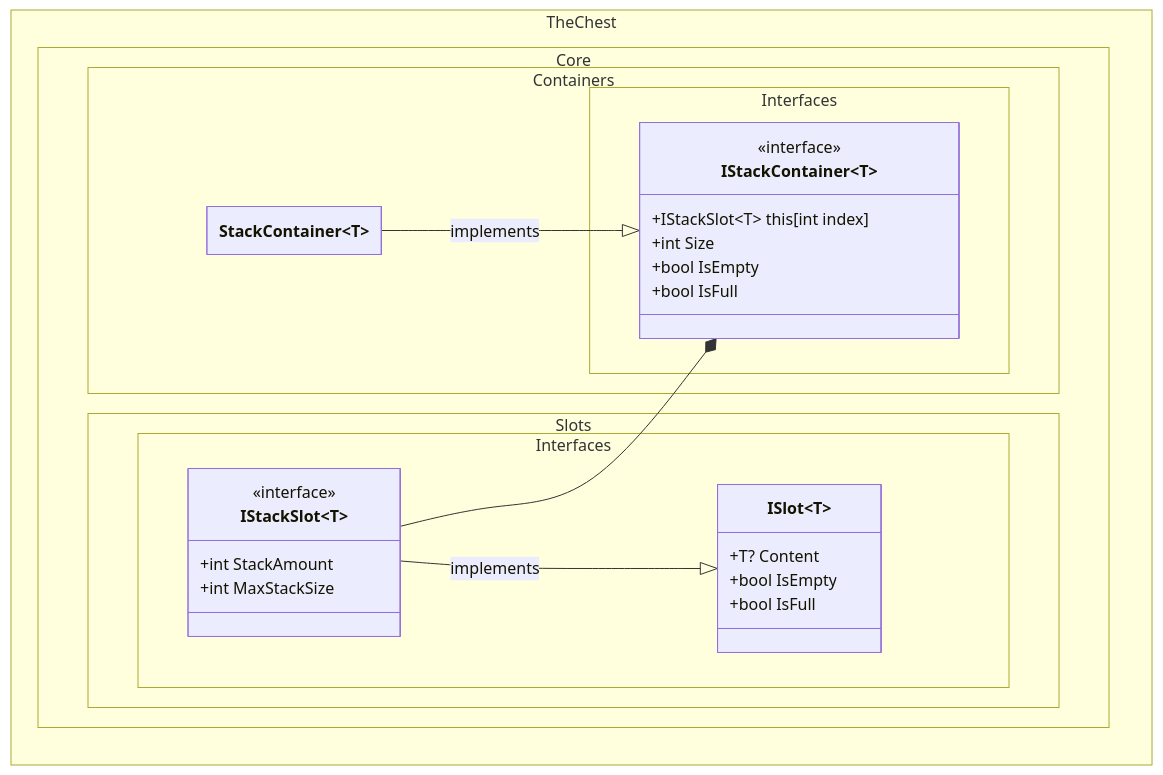
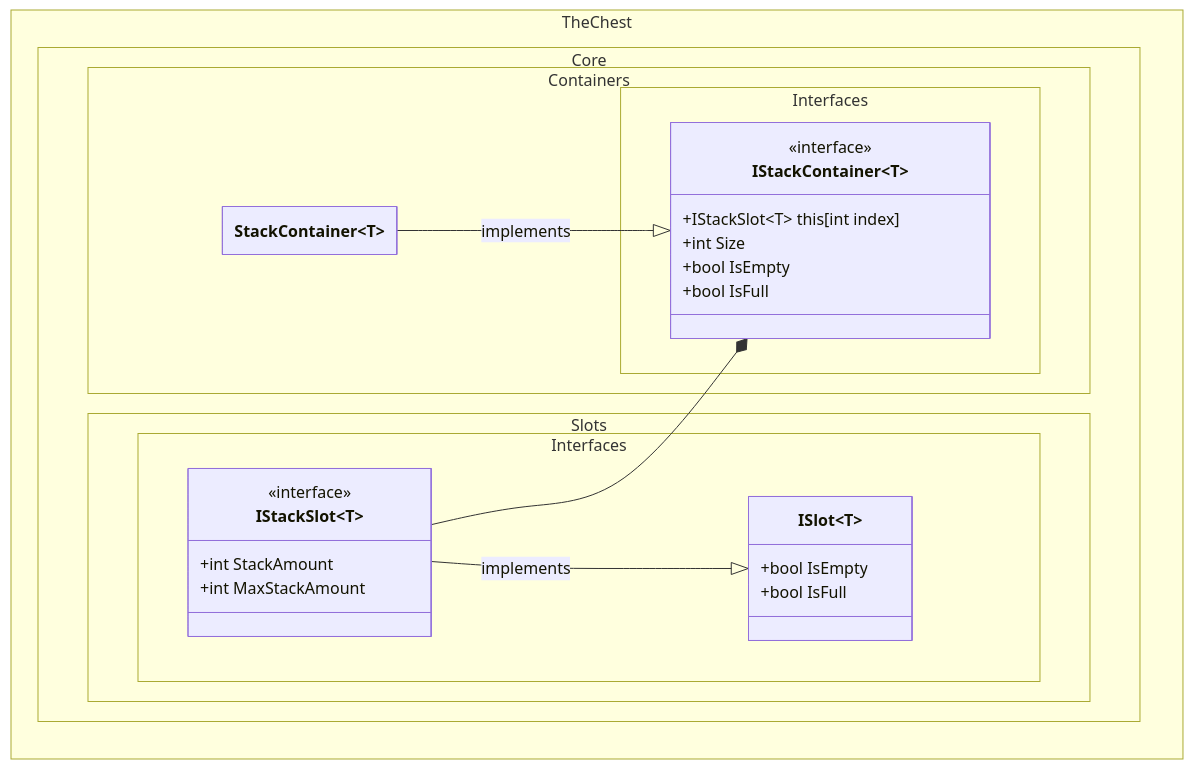
The second of 2 diagrams in docs/class_diagram.md (The-Chest/TheChest.Core), drawn with Mermaid before and after one commit. The commit also changed other lines of this file, not shown here.

Commit message:
Removes ISlot<T>.Content from class_diagram.md

````diff
--- a/docs/class_diagram.md
+++ b/docs/class_diagram.md
@@ -54,41 +53,40 @@
 ```mermaid
 ---
 config:
   theme: mc
   look: classic
   class:
     hideEmptyMembersBox: true
 ---
 classDiagram
 direction BT
 	namespace TheChest.Core.Containers.Interfaces {
 		class IStackContainer~T~ {
 	        +IStackSlot~T~ this[int index]
 	        +int Size
 	        +bool IsEmpty
 	        +bool IsFull
         }
 	}
 	namespace TheChest.Core.Slots.Interfaces {
         class ISlot~T~ {
-	        +T? Content
 	        +bool IsEmpty
 	        +bool IsFull
         }
         class IStackSlot~T~ {
             +int StackAmount
-            +int MaxStackSize
+            +int MaxStackAmount
         }
 	}
 	namespace TheChest.Core.Containers {
 		class StackContainer~T~ {
         }
 	}
 
 	<<interface>> IStackContainer
     <<interface>> IStackSlot
 
     StackContainer --|> IStackContainer : implements
     IStackSlot --|> ISlot : implements
     IStackSlot --* IStackContainer
 ```
````
